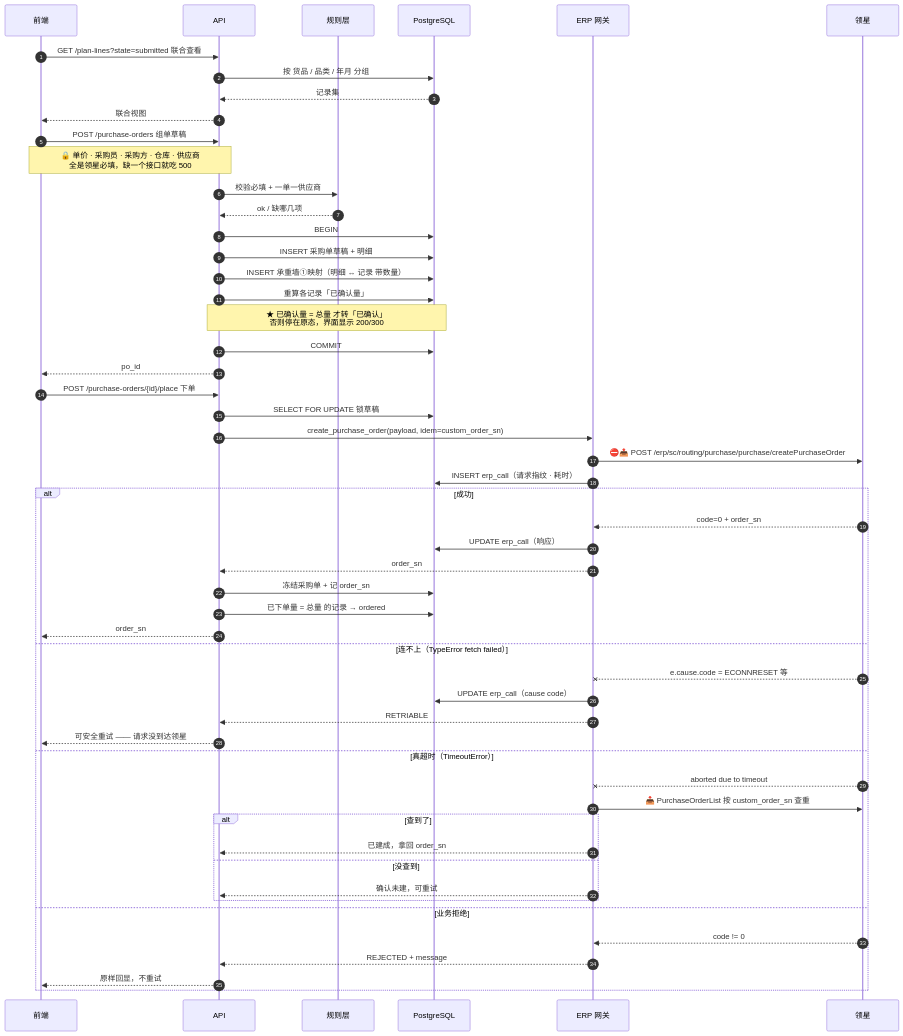
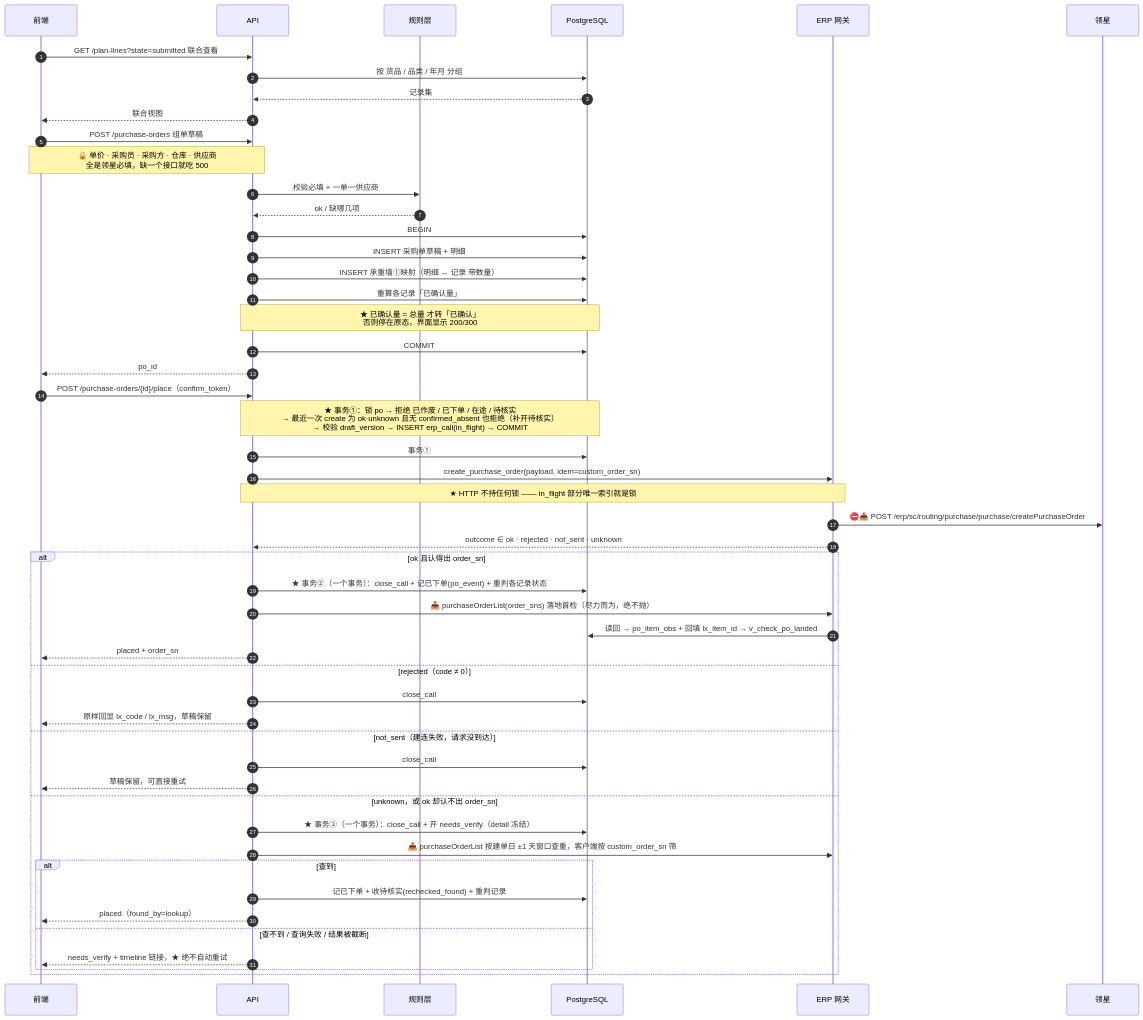
Before and after one commit to DuoWeiTree/service_supplychain: the second of 7 diagrams in docs/07-核心业务模块时序.md, drawn with Mermaid. The commit also changed other lines of this file and 10 other files, not shown here.

````diff
--- a/docs/07-核心业务模块时序.md
+++ b/docs/07-核心业务模块时序.md
@@ -105,59 +105,57 @@
 ```mermaid
 sequenceDiagram
     autonumber
     participant UI as 前端
     participant API as API
     participant RULE as 规则层
     participant PG as PostgreSQL
     participant GW as ERP 网关
     participant LX as 领星
 
     UI->>API: GET /plan-lines?state=submitted 联合查看
     API->>PG: 按 货品 / 品类 / 年月 分组
     PG-->>API: 记录集
     API-->>UI: 联合视图
 
     UI->>API: POST /purchase-orders 组单草稿
     Note over UI,API: 🔒 单价 · 采购员 · 采购方 · 仓库 · 供应商<br/>全是领星必填，缺一个接口就吃 500
     API->>RULE: 校验必填 + 一单一供应商
     RULE-->>API: ok / 缺哪几项
     API->>PG: BEGIN
     API->>PG: INSERT 采购单草稿 + 明细
     API->>PG: INSERT 承重墙①映射（明细 ↔ 记录 带数量）
     API->>PG: 重算各记录「已确认量」
     Note over API,PG: ★ 已确认量 = 总量 才转「已确认」<br/>否则停在原态，界面显示 200/300
     API->>PG: COMMIT
     API-->>UI: po_id
 
-    UI->>API: POST /purchase-orders/{id}/place 下单
-    API->>PG: SELECT FOR UPDATE 锁草稿
+    UI->>API: POST /purchase-orders/{id}/place（confirm_token）
+    Note over API,PG: ★ 事务①：锁 po → 拒绝 已作废 / 已下单 / 在途 / 待核实<br/>→ 最近一次 create 为 ok·unknown 且无 confirmed_absent 也拒绝（补开待核实）<br/>→ 校验 draft_version → INSERT erp_call(in_flight) → COMMIT
+    API->>PG: 事务①
     API->>GW: create_purchase_order(payload, idem=custom_order_sn)
+    Note over API,GW: ★ HTTP 不持任何锁 —— in_flight 部分唯一索引就是锁
     GW->>LX: ⛔📤 POST /erp/sc/routing/purchase/purchase/createPurchaseOrder
-    GW->>PG: INSERT erp_call（请求指纹 · 耗时）
+    GW-->>API: outcome ∈ ok · rejected · not_sent · unknown
 
-    alt 成功
-        LX-->>GW: code=0 + order_sn
-        GW->>PG: UPDATE erp_call（响应）
-        GW-->>API: order_sn
-        API->>PG: 冻结采购单 + 记 order_sn
-        API->>PG: 已下单量 = 总量 的记录 → ordered
-        API-->>UI: order_sn
-    else 连不上（TypeError fetch failed）
-        LX--xGW: e.cause.code = ECONNRESET 等
-        GW->>PG: UPDATE erp_call（cause code）
-        GW-->>API: RETRIABLE
-        API-->>UI: 可安全重试 —— 请求没到达领星
-    else 真超时（TimeoutError）
-        LX--xGW: aborted due to timeout
-        GW->>LX: 📥 PurchaseOrderList 按 custom_order_sn 查重
-        alt 查到了
-            GW-->>API: 已建成，拿回 order_sn
-        else 没查到
-            GW-->>API: 确认未建，可重试
+    alt ok 且认得出 order_sn
+        API->>PG: ★ 事务②（一个事务）：close_call + 记已下单(po_event) + 重判各记录状态
+        API->>GW: 📥 purchaseOrderList(order_sns) 落地首检（尽力而为，绝不抛）
+        GW->>PG: 读回 → po_item_obs + 回填 lx_item_id → v_check_po_landed
+        API-->>UI: placed + order_sn
+    else rejected（code ≠ 0）
+        API->>PG: close_call
+        API-->>UI: 原样回显 lx_code / lx_msg，草稿保留
+    else not_sent（建连失败，请求没到达）
+        API->>PG: close_call
+        API-->>UI: 草稿保留，可直接重试
+    else unknown，或 ok 却认不出 order_sn
+        API->>PG: ★ 事务②（一个事务）：close_call + 开 needs_verify（detail 冻结）
+        API->>GW: 📥 purchaseOrderList 按建单日 ±1 天窗口查重，客户端按 custom_order_sn 筛
+        alt 查到
+            API->>PG: 记已下单 + 收待核实(rechecked_found) + 重判记录
+            API-->>UI: placed（found_by=lookup）
+        else 查不到 / 查询失败 / 结果被截断
+            API-->>UI: needs_verify + timeline 链接，★ 绝不自动重试
         end
-    else 业务拒绝
-        LX-->>GW: code != 0
-        GW-->>API: REJECTED + message
-        API-->>UI: 原样回显，不重试
     end
 ```
````
